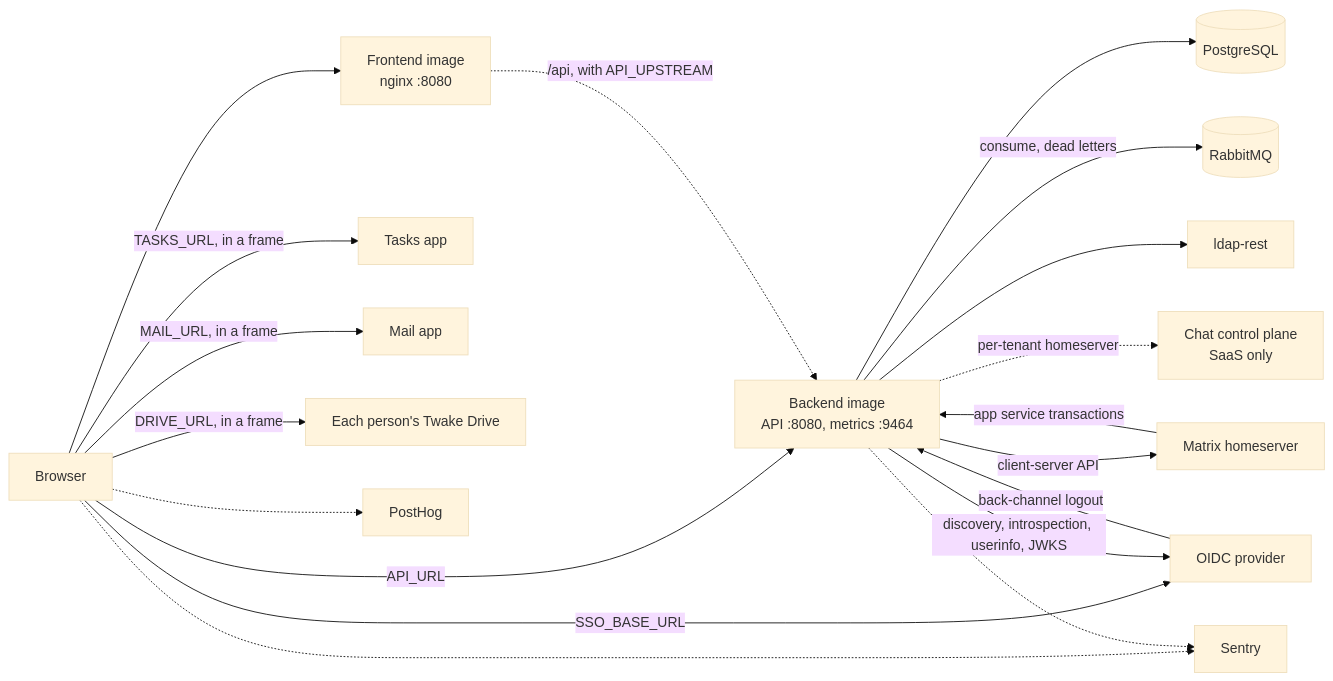
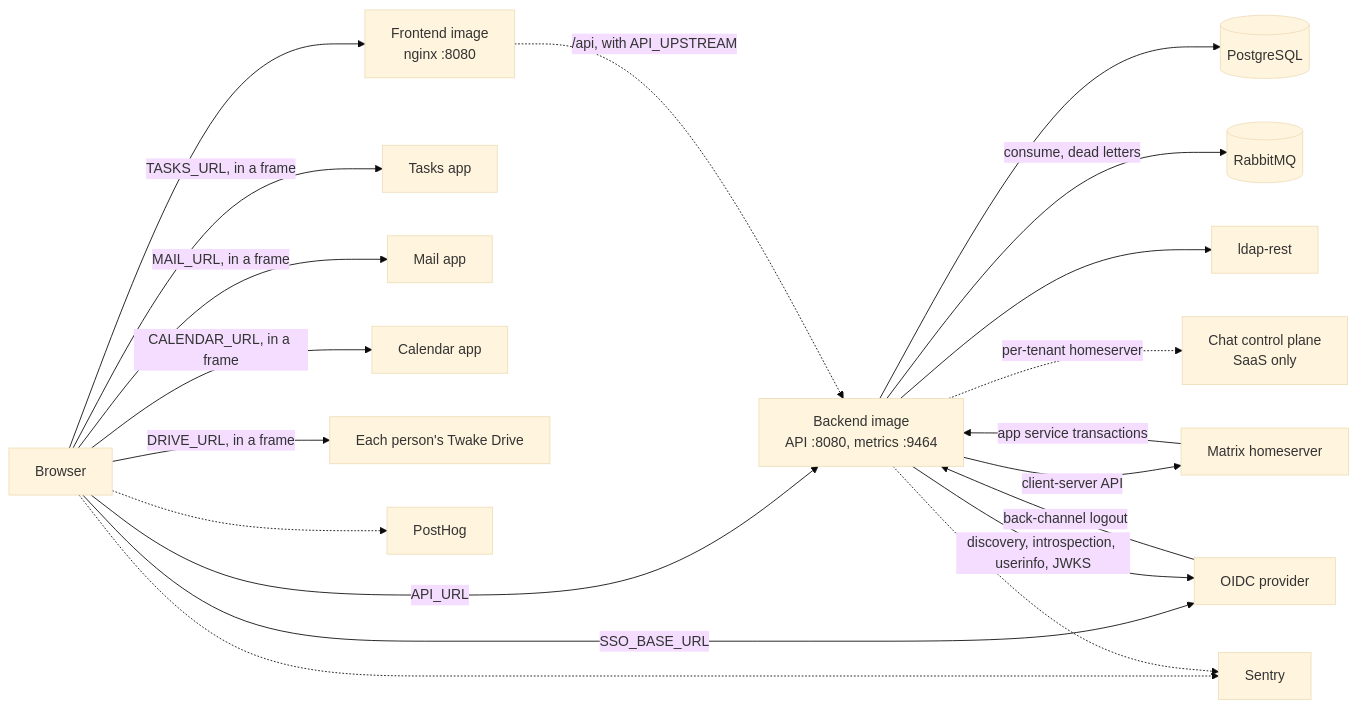
Before and after one commit to linagora/twake-space: the diagram in docs/deploy.md, drawn with Mermaid (base theme). The commit also changed other lines of this file and 20 other files, not shown here.

First line of the commit message:
feat(frontend): Frame the team calendar in the Calendar tab

````diff
--- a/docs/deploy.md
+++ b/docs/deploy.md
@@ -10,36 +10,38 @@
 ```mermaid
 flowchart LR
   browser[Browser]
   fe[Frontend image<br/>nginx :8080]
   be[Backend image<br/>API :8080, metrics :9464]
   pg[(PostgreSQL)]
   rabbitmq[(RabbitMQ)]
   ldap[ldap-rest]
   oidc[OIDC provider]
   hs[Matrix homeserver]
   cp[Chat control plane<br/>SaaS only]
   tasks[Tasks app]
   mail[Mail app]
+  calendar[Calendar app]
   drive[Each person's Twake Drive]
   sentry[Sentry]
   posthog[PostHog]
 
   browser --> fe
   browser -->|API_URL| be
   fe -.->|/api, with API_UPSTREAM| be
   browser -->|SSO_BASE_URL| oidc
   browser -->|TASKS_URL, in a frame| tasks
   browser -->|MAIL_URL, in a frame| mail
+  browser -->|CALENDAR_URL, in a frame| calendar
   browser -->|DRIVE_URL, in a frame| drive
   browser -.-> sentry
   browser -.-> posthog
   be --> pg
   be -->|consume, dead letters| rabbitmq
   be --> ldap
   be -->|discovery, introspection, userinfo, JWKS| oidc
   oidc -->|back-channel logout| be
   be -->|client-server API| hs
   hs -->|app service transactions| be
   be -.->|per-tenant homeserver| cp
   be -.-> sentry
 ```
````
